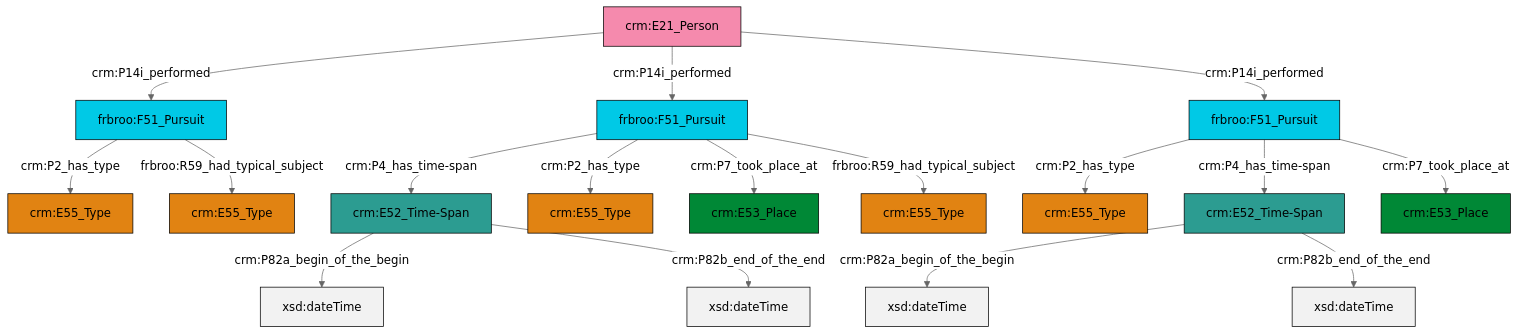
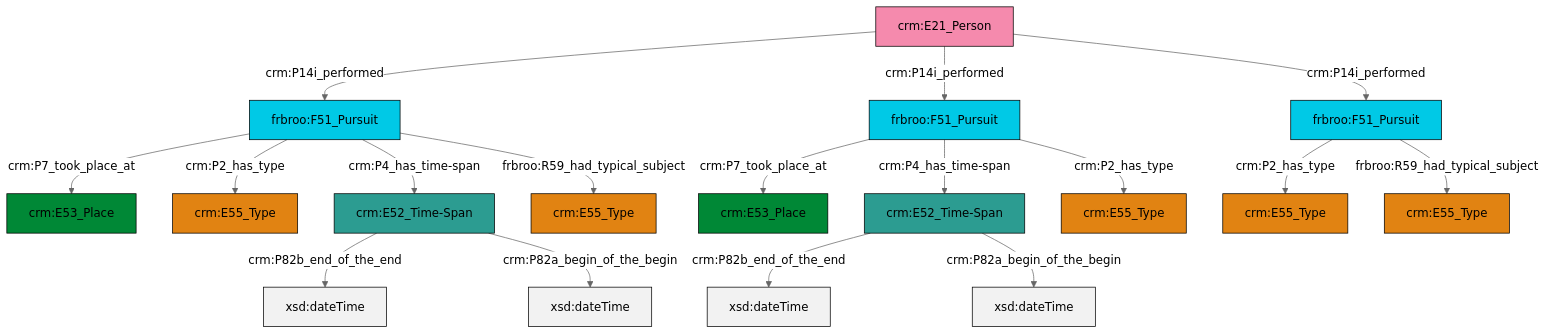
The diagram in et/personCSV/ttl/mmd/Person_Event.ttl.mmd (swiss-art-research-net/reference-data-models), drawn with Mermaid (neutral theme) before and after one commit. The commit also changed 135 other files, not shown here.

```diff
--- a/et/personCSV/ttl/mmd/Person_Event.ttl.mmd
+++ b/et/personCSV/ttl/mmd/Person_Event.ttl.mmd
@@ -1,31 +1,31 @@
 graph TD
 classDef Literal fill:#f2f2f2,stroke:#000000;
 classDef CRM_Entity fill:#FFFFFF,stroke:#000000;
 classDef Temporal_Entity fill:#00C9E6, stroke:#000000;
 classDef Type fill:#E18312, stroke:#000000;
 classDef Time-Span fill:#2C9C91, stroke:#000000;
 classDef Appellation fill:#FFEB7F, stroke:#000000;
 classDef Place fill:#008836, stroke:#000000;
 classDef Persistent_Item fill:#B266B2, stroke:#000000;
 classDef Conceptual_Object fill:#FFD700, stroke:#000000;
 classDef Physical_Thing fill:#D2B48C, stroke:#000000;
 classDef Actor fill:#f58aad, stroke:#000000;
 classDef PC_Classes fill:#4ce600, stroke:#000000;
 classDef Multi fill:#cccccc,stroke:#000000;
 
-2["crm:E52_Time-Span"]:::Time-Span -->|crm:P82a_begin_of_the_begin| 3[xsd:dateTime]:::Literal
-2["crm:E52_Time-Span"]:::Time-Span -->|crm:P82b_end_of_the_end| 4[xsd:dateTime]:::Literal
-5["frbroo:F51_Pursuit"]:::Temporal_Entity -->|crm:P4_has_time-span| 6["crm:E52_Time-Span"]:::Time-Span
-7["crm:E21_Person"]:::Actor -->|crm:P14i_performed| 8["frbroo:F51_Pursuit"]:::Temporal_Entity
-9["frbroo:F51_Pursuit"]:::Temporal_Entity -->|crm:P2_has_type| 11["crm:E55_Type"]:::Type
-5["frbroo:F51_Pursuit"]:::Temporal_Entity -->|crm:P2_has_type| 12["crm:E55_Type"]:::Type
-9["frbroo:F51_Pursuit"]:::Temporal_Entity -->|crm:P4_has_time-span| 2["crm:E52_Time-Span"]:::Time-Span
-6["crm:E52_Time-Span"]:::Time-Span -->|crm:P82a_begin_of_the_begin| 14[xsd:dateTime]:::Literal
-5["frbroo:F51_Pursuit"]:::Temporal_Entity -->|crm:P7_took_place_at| 20["crm:E53_Place"]:::Place
-7["crm:E21_Person"]:::Actor -->|crm:P14i_performed| 5["frbroo:F51_Pursuit"]:::Temporal_Entity
-5["frbroo:F51_Pursuit"]:::Temporal_Entity -->|frbroo:R59_had_typical_subject| 15["crm:E55_Type"]:::Type
-9["frbroo:F51_Pursuit"]:::Temporal_Entity -->|crm:P7_took_place_at| 0["crm:E53_Place"]:::Place
-6["crm:E52_Time-Span"]:::Time-Span -->|crm:P82b_end_of_the_end| 27[xsd:dateTime]:::Literal
-7["crm:E21_Person"]:::Actor -->|crm:P14i_performed| 9["frbroo:F51_Pursuit"]:::Temporal_Entity
-8["frbroo:F51_Pursuit"]:::Temporal_Entity -->|crm:P2_has_type| 18["crm:E55_Type"]:::Type
-8["frbroo:F51_Pursuit"]:::Temporal_Entity -->|frbroo:R59_had_typical_subject| 25["crm:E55_Type"]:::Type
+2["crm:E52_Time-Span"]:::Time-Span -->|crm:P82b_end_of_the_end| 3[xsd:dateTime]:::Literal
+4["frbroo:F51_Pursuit"]:::Temporal_Entity -->|crm:P7_took_place_at| 5["crm:E53_Place"]:::Place
+6["crm:E52_Time-Span"]:::Time-Span -->|crm:P82b_end_of_the_end| 8[xsd:dateTime]:::Literal
+4["frbroo:F51_Pursuit"]:::Temporal_Entity -->|crm:P2_has_type| 9["crm:E55_Type"]:::Type
+4["frbroo:F51_Pursuit"]:::Temporal_Entity -->|crm:P4_has_time-span| 6["crm:E52_Time-Span"]:::Time-Span
+11["crm:E21_Person"]:::Actor -->|crm:P14i_performed| 4["frbroo:F51_Pursuit"]:::Temporal_Entity
+18["frbroo:F51_Pursuit"]:::Temporal_Entity -->|crm:P7_took_place_at| 14["crm:E53_Place"]:::Place
+11["crm:E21_Person"]:::Actor -->|crm:P14i_performed| 18["frbroo:F51_Pursuit"]:::Temporal_Entity
+2["crm:E52_Time-Span"]:::Time-Span -->|crm:P82a_begin_of_the_begin| 19[xsd:dateTime]:::Literal
+18["frbroo:F51_Pursuit"]:::Temporal_Entity -->|crm:P4_has_time-span| 2["crm:E52_Time-Span"]:::Time-Span
+20["frbroo:F51_Pursuit"]:::Temporal_Entity -->|crm:P2_has_type| 21["crm:E55_Type"]:::Type
+11["crm:E21_Person"]:::Actor -->|crm:P14i_performed| 20["frbroo:F51_Pursuit"]:::Temporal_Entity
+20["frbroo:F51_Pursuit"]:::Temporal_Entity -->|frbroo:R59_had_typical_subject| 25["crm:E55_Type"]:::Type
+18["frbroo:F51_Pursuit"]:::Temporal_Entity -->|crm:P2_has_type| 0["crm:E55_Type"]:::Type
+6["crm:E52_Time-Span"]:::Time-Span -->|crm:P82a_begin_of_the_begin| 30[xsd:dateTime]:::Literal
+4["frbroo:F51_Pursuit"]:::Temporal_Entity -->|frbroo:R59_had_typical_subject| 31["crm:E55_Type"]:::Type
```
